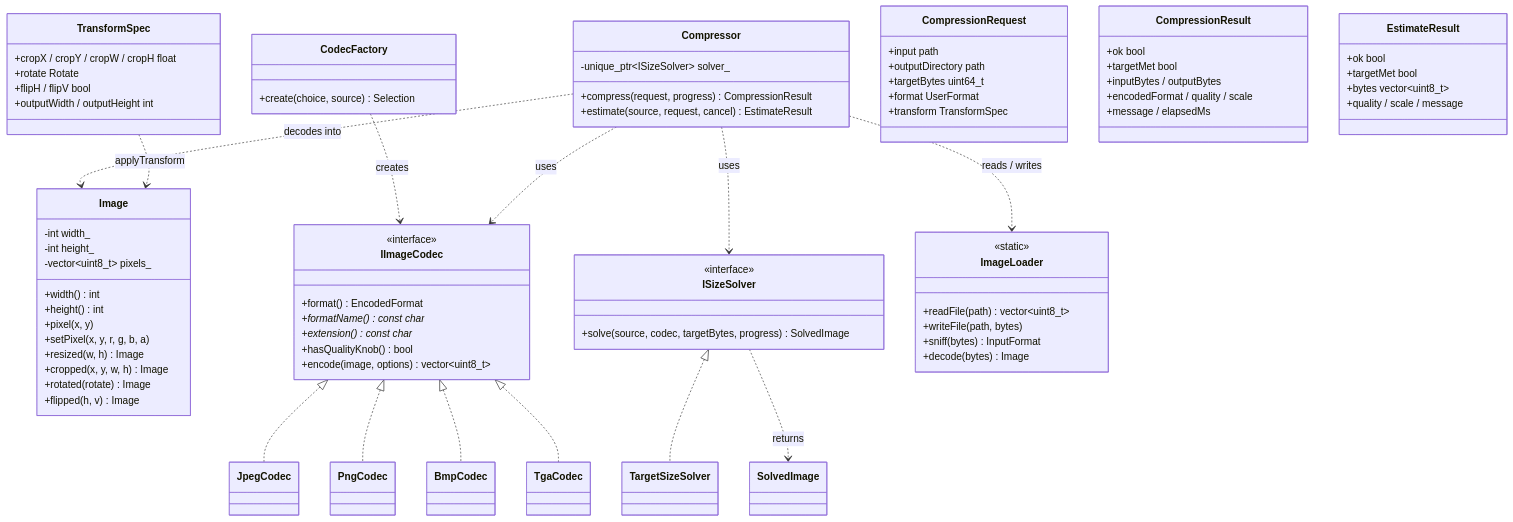
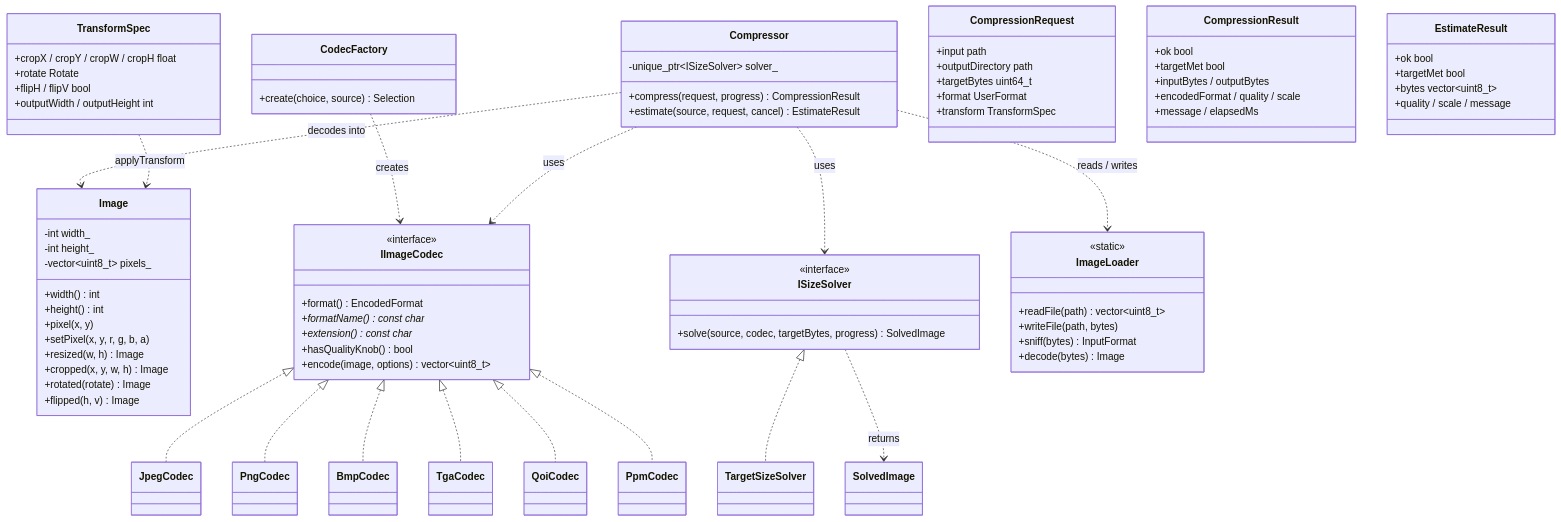
The diagram in README.md (UtkarshJoshiNtl/PressPNG), drawn with Mermaid before and after one commit. The commit also changed other lines of this file and 11 other files, not shown here.

```diff
--- a/README.md
+++ b/README.md
@@ -163,10 +163,14 @@
     class PngCodec
     class BmpCodec
     class TgaCodec
+    class QoiCodec
+    class PpmCodec
     IImageCodec <|.. JpegCodec
     IImageCodec <|.. PngCodec
     IImageCodec <|.. BmpCodec
     IImageCodec <|.. TgaCodec
+    IImageCodec <|.. QoiCodec
+    IImageCodec <|.. PpmCodec
 
     class CodecFactory {
         +create(choice, source) Selection
```
